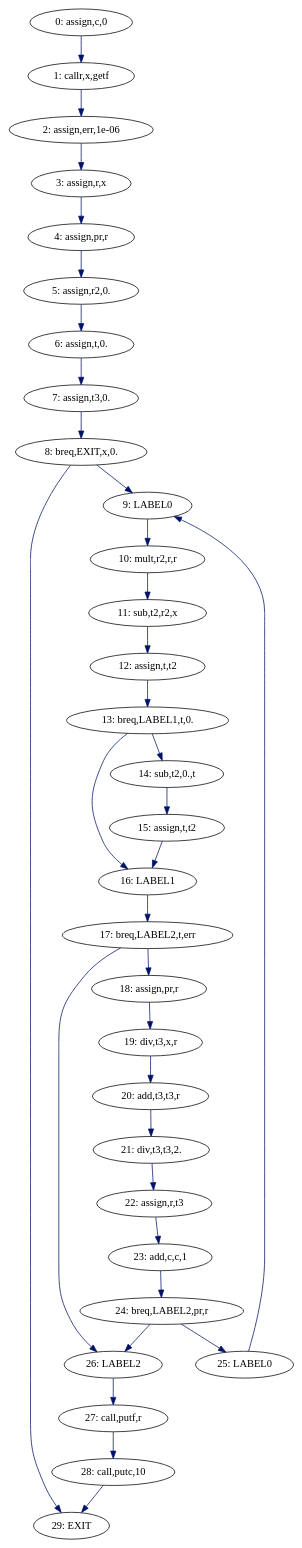
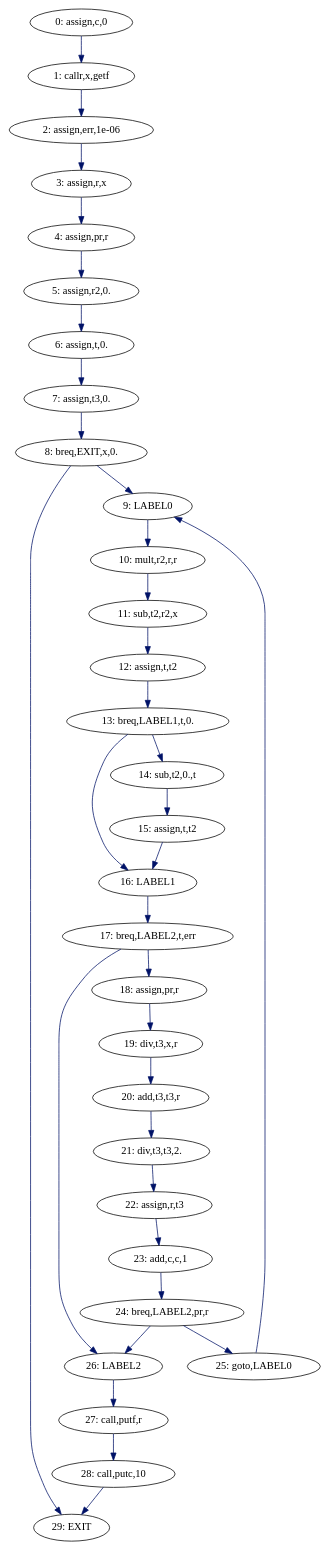
The diagram in cfg.dot (Peter-Feng-32/Tiger-IR-Middle-End), drawn with Graphviz before and after one commit. The commit also changed 1 other file, not shown here.

```diff
--- a/cfg.dot
+++ b/cfg.dot
@@ -1,68 +1,68 @@
 digraph G {
   "29: EXIT";
   "9: LABEL0";
   "16: LABEL1";
   "26: LABEL2";
   "0: assign,c,0";
   "2: assign,err,1e-06";
   "4: assign,pr,r";
   "18: assign,pr,r";
   "22: assign,r,t3";
   "3: assign,r,x";
   "5: assign,r2,0.";
   "6: assign,t,0.";
   "12: assign,t,t2";
   "15: assign,t,t2";
   "7: assign,t3,0.";
   "23: add,c,c,1";
   "20: add,t3,t3,r";
   "14: sub,t2,0.,t";
   "11: sub,t2,r2,x";
   "10: mult,r2,r,r";
   "21: div,t3,t3,2.";
   "19: div,t3,x,r";
-  "25: LABEL0";
+  "25: goto,LABEL0";
   "8: breq,EXIT,x,0.";
   "13: breq,LABEL1,t,0.";
   "24: breq,LABEL2,pr,r";
   "17: breq,LABEL2,t,err";
   "28: call,putc,10";
   "27: call,putf,r";
   "1: callr,x,getf";
   
   
   "9: LABEL0" -> "10: mult,r2,r,r" [color="#001267", label="", ];
   "16: LABEL1" -> "17: breq,LABEL2,t,err" [color="#001267", label="", ];
   "26: LABEL2" -> "27: call,putf,r" [color="#001267", label="", ];
   "0: assign,c,0" -> "1: callr,x,getf" [color="#001267", label="", ];
   "2: assign,err,1e-06" -> "3: assign,r,x" [color="#001267", label="", ];
   "4: assign,pr,r" -> "5: assign,r2,0." [color="#001267", label="", ];
   "18: assign,pr,r" -> "19: div,t3,x,r" [color="#001267", label="", ];
   "22: assign,r,t3" -> "23: add,c,c,1" [color="#001267", label="", ];
   "3: assign,r,x" -> "4: assign,pr,r" [color="#001267", label="", ];
   "5: assign,r2,0." -> "6: assign,t,0." [color="#001267", label="", ];
   "6: assign,t,0." -> "7: assign,t3,0." [color="#001267", label="", ];
   "12: assign,t,t2" -> "13: breq,LABEL1,t,0." [color="#001267", label="", ];
   "15: assign,t,t2" -> "16: LABEL1" [color="#001267", label="", ];
   "7: assign,t3,0." -> "8: breq,EXIT,x,0." [color="#001267", label="", ];
   "23: add,c,c,1" -> "24: breq,LABEL2,pr,r" [color="#001267", label="", ];
   "20: add,t3,t3,r" -> "21: div,t3,t3,2." [color="#001267", label="", ];
   "14: sub,t2,0.,t" -> "15: assign,t,t2" [color="#001267", label="", ];
   "11: sub,t2,r2,x" -> "12: assign,t,t2" [color="#001267", label="", ];
   "10: mult,r2,r,r" -> "11: sub,t2,r2,x" [color="#001267", label="", ];
   "21: div,t3,t3,2." -> "22: assign,r,t3" [color="#001267", label="", ];
   "19: div,t3,x,r" -> "20: add,t3,t3,r" [color="#001267", label="", ];
-  "25: LABEL0" -> "9: LABEL0" [color="#001267", label="", ];
+  "25: goto,LABEL0" -> "9: LABEL0" [color="#001267", label="", ];
   "8: breq,EXIT,x,0." -> "29: EXIT" [color="#001267", label="", ];
   "8: breq,EXIT,x,0." -> "9: LABEL0" [color="#001267", label="", ];
   "13: breq,LABEL1,t,0." -> "16: LABEL1" [color="#001267", label="", ];
   "13: breq,LABEL1,t,0." -> "14: sub,t2,0.,t" [color="#001267", label="", ];
   "24: breq,LABEL2,pr,r" -> "26: LABEL2" [color="#001267", label="", ];
-  "24: breq,LABEL2,pr,r" -> "25: LABEL0" [color="#001267", label="", ];
+  "24: breq,LABEL2,pr,r" -> "25: goto,LABEL0" [color="#001267", label="", ];
   "17: breq,LABEL2,t,err" -> "26: LABEL2" [color="#001267", label="", ];
   "17: breq,LABEL2,t,err" -> "18: assign,pr,r" [color="#001267", label="", ];
   "28: call,putc,10" -> "29: EXIT" [color="#001267", label="", ];
   "27: call,putf,r" -> "28: call,putc,10" [color="#001267", label="", ];
   "1: callr,x,getf" -> "2: assign,err,1e-06" [color="#001267", label="", ];
   
   }
```
